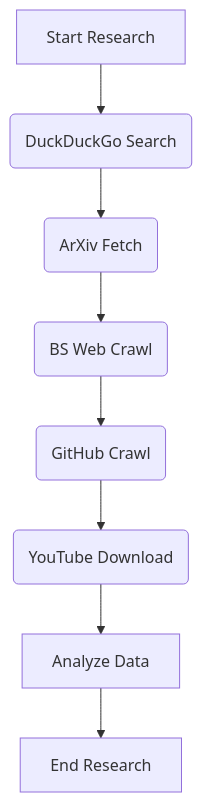
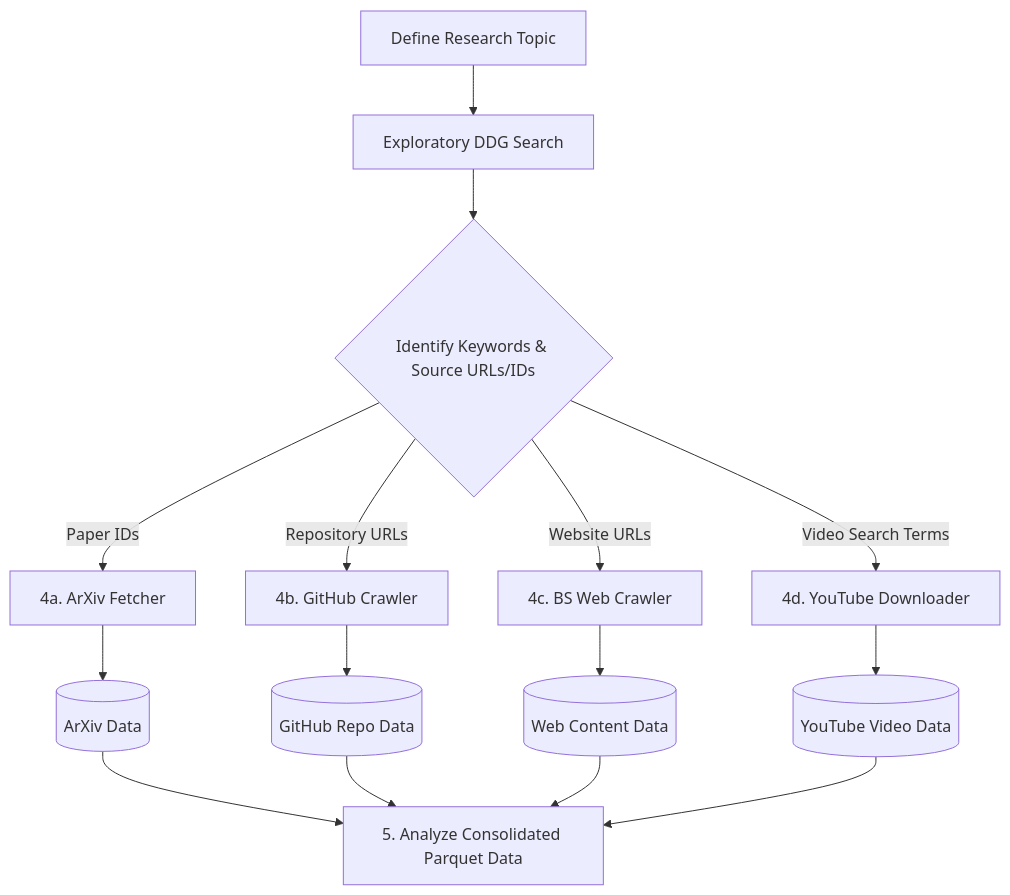
One commit to Ollama-Agent-Roll-Cage/oarc-crawlers changed the third of 5 diagrams in docs/Specification.md. Above: the diagram before and after it, drawn with Mermaid. The commit also changed other lines of this file and 9 other files, not shown here.

````diff
--- a/docs/Specification.md
+++ b/docs/Specification.md
@@ -186,10 +168,14 @@
 ```mermaid
 graph TD
-    A[Start Research] --> B(DuckDuckGo Search);
-    B --> C(ArXiv Fetch);
-    C --> D(BS Web Crawl);
-    D --> E(GitHub Crawl);
-    E --> F(YouTube Download);
-    F --> G[Analyze Data];
-    G --> H[End Research];
+    A[Define Research Topic] --> B[Exploratory DDG Search]
+    B --> C{Identify Keywords & Source URLs/IDs}
+    C -- Paper IDs --> D[4a. ArXiv Fetcher]
+    C -- Repository URLs --> E[4b. GitHub Crawler]
+    C -- Website URLs --> F[4c. BS Web Crawler]
+    C -- Video Search Terms --> G[4d. YouTube Downloader]
+    D --> H[(ArXiv Data)]
+    E --> I[(GitHub Repo Data)]
+    F --> J[(Web Content Data)]
+    G --> K[(YouTube Video Data)]
+    H & I & J & K --> L[5. Analyze Consolidated Parquet Data]
 ```
````
